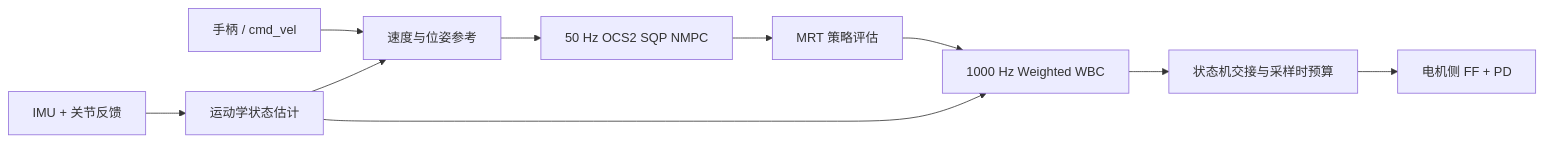
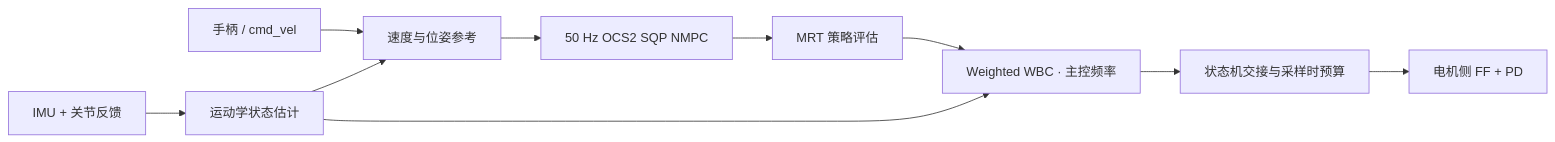
The diagram in src/custom_dog_control/README.md (Woh43/Dog-control), drawn with Mermaid before and after one commit. The commit also changed other lines of this file and 55 other files, not shown here.

````diff
--- a/src/custom_dog_control/README.md
+++ b/src/custom_dog_control/README.md
@@ -49,12 +50,12 @@
 ```mermaid
 flowchart LR
     input[IMU + 关节反馈] --> estimate[运动学状态估计]
     operator[手柄 / cmd_vel] --> reference[速度与位姿参考]
     estimate --> reference
     reference --> nmpc[50 Hz OCS2 SQP NMPC]
     nmpc --> policy[MRT 策略评估]
-    policy --> wbc[1000 Hz Weighted WBC]
+    policy --> wbc[Weighted WBC · 主控频率]
     estimate --> wbc
     wbc --> output[状态机交接与采样时预算]
     output --> hardware[电机侧 FF + PD]
 ```
````
